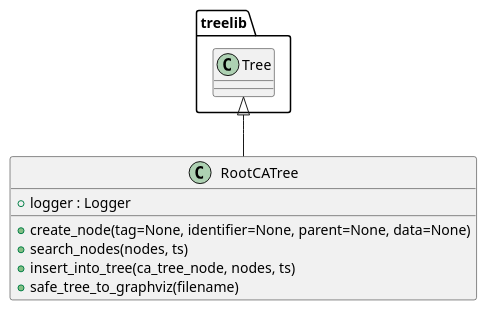
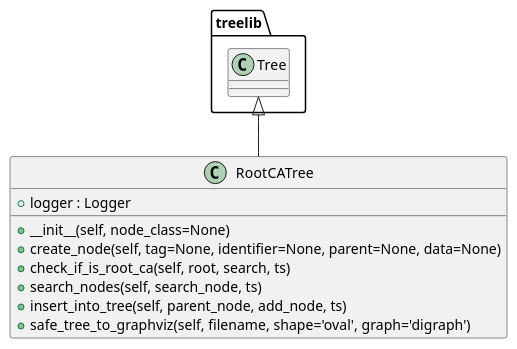
One commit to SebBil/PcapAnalyse changed the first of 5 diagrams in UML/Classes.puml. Above: the diagram before and after it, drawn with PlantUML. The commit also changed other lines of this file and 4 other files, not shown here.

```diff
--- a/UML/Classes.puml
+++ b/UML/Classes.puml
@@ -1,12 +1,14 @@
 @startuml
 class RootCATree {
     + logger : Logger
 
-    + create_node(tag=None, identifier=None, parent=None, data=None)
-    + search_nodes(nodes, ts)
-    + insert_into_tree(ca_tree_node, nodes, ts)
-    + safe_tree_to_graphviz(filename)
+    + __init__(self, node_class=None)
+    + create_node(self, tag=None, identifier=None, parent=None, data=None)
+    + check_if_is_root_ca(self, root, search, ts)
+    + search_nodes(self, search_node, ts)
+    + insert_into_tree(self, parent_node, add_node, ts)
+    + safe_tree_to_graphviz(self, filename, shape='oval', graph='digraph')
 }
 
 treelib.Tree <|-- RootCATree
 @enduml
```
